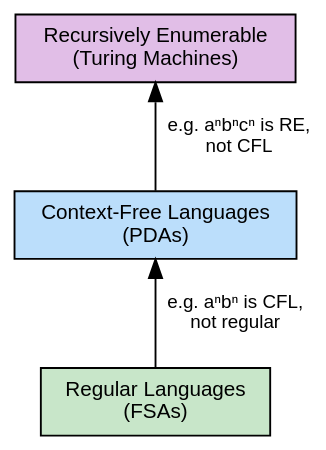
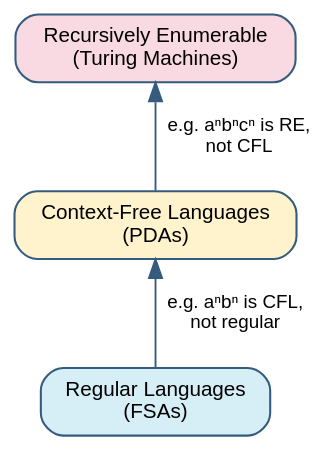
Before and after one commit to p0dyakov/inno_notes: the fifth of 17 diagrams in semester-2/Theoretical Computer Science/7.qmd, drawn with Graphviz. The commit also changed other lines of this file and 191 other files, not shown here.

````diff
--- a/semester-2/Theoretical Computer Science/7.qmd
+++ b/semester-2/Theoretical Computer Science/7.qmd
@@ -439,17 +439,17 @@
 ```{dot}
 //| fig-cap: "Language hierarchy: Regular languages ⊂ Context-Free ⊂ Recursively Enumerable"
 //| fig-width: 5
 digraph lang_hierarchy {
   rankdir=BT;
   bgcolor="transparent";
-  node [fontname="Helvetica", fontsize=11, style=filled, shape=box];
-  edge [fontname="Helvetica", fontsize=10];
+  node [fontname="Helvetica", fontsize=11, style="filled,rounded", shape=box, color="#355c7d", penwidth=1.1];
+  edge [fontname="Helvetica", fontsize=10, color="#355c7d"];
 
-  reg [label="Regular Languages\n(FSAs)", fillcolor="#c8e6c9"];
-  cfl [label="Context-Free Languages\n(PDAs)", fillcolor="#bbdefb"];
-  re  [label="Recursively Enumerable\n(Turing Machines)", fillcolor="#e1bee7"];
+  reg [label="Regular Languages\n(FSAs)", fillcolor="#d6eef5"];
+  cfl [label="Context-Free Languages\n(PDAs)", fillcolor="#fff3cd"];
+  re  [label="Recursively Enumerable\n(Turing Machines)", fillcolor="#f9d9e2"];
 
   reg -> cfl [label="  e.g. aⁿbⁿ is CFL,\n  not regular"];
   cfl -> re  [label="  e.g. aⁿbⁿcⁿ is RE,\n  not CFL"];
 }
 ```
````
